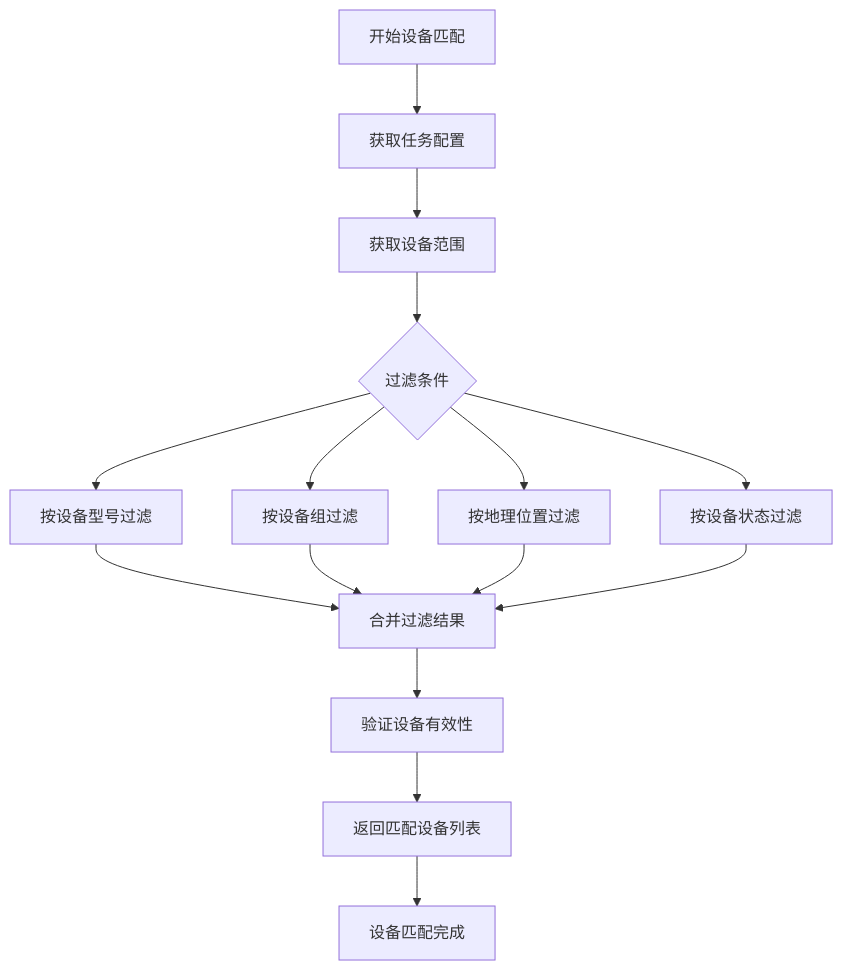
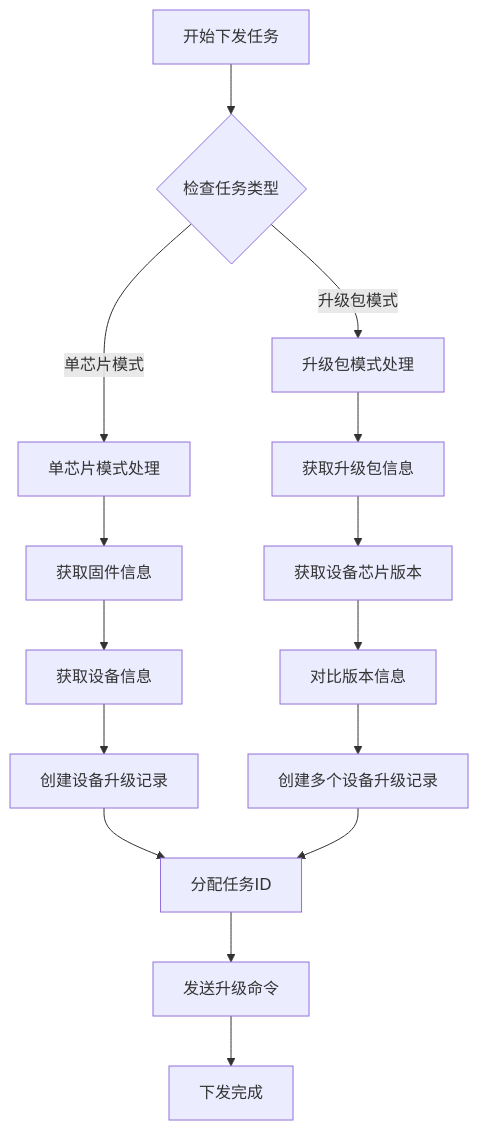
Before and after one commit to mcmrzy/cs_inv_monitor-develop: diagram 11 of 18 in .qoder/repowiki/zh/content/OTA升级系统/OTA任务调度/OTA任务调度.md, drawn with Mermaid. The commit also changed other lines of this file and 128 other files, not shown here.

````diff
--- a/.qoder/repowiki/zh/content/OTA升级系统/OTA任务调度/OTA任务调度.md
+++ b/.qoder/repowiki/zh/content/OTA升级系统/OTA任务调度/OTA任务调度.md
@@ -409,17 +515,17 @@
 ```mermaid
 flowchart TD
-START[开始设备匹配] --> GET_TASK[获取任务配置]
-GET_TASK --> GET_DEVICES[获取设备范围]
-GET_DEVICES --> FILTER_DEVICE{过滤条件}
-FILTER_DEVICE --> MODEL_FILTER[按设备型号过滤]
-FILTER_DEVICE --> GROUP_FILTER[按设备组过滤]
-FILTER_DEVICE --> LOCATION_FILTER[按地理位置过滤]
-FILTER_DEVICE --> STATUS_FILTER[按设备状态过滤]
-MODEL_FILTER --> COMBINE[合并过滤结果]
-GROUP_FILTER --> COMBINE
-LOCATION_FILTER --> COMBINE
-STATUS_FILTER --> COMBINE
-COMBINE --> VALIDATE[验证设备有效性]
-VALIDATE --> MATCHED[返回匹配设备列表]
-MATCHED --> END[设备匹配完成]
+START[开始下发任务] --> CHECK_TASK_TYPE{检查任务类型}
+CHECK_TASK_TYPE --> |单芯片模式| SINGLE_MODE[单芯片模式处理]
+CHECK_TASK_TYPE --> |升级包模式| PACKAGE_MODE[升级包模式处理]
+SINGLE_MODE --> GET_FIRMWARE[获取固件信息]
+GET_FIRMWARE --> GET_DEVICE[获取设备信息]
+GET_DEVICE --> CREATE_DU[创建设备升级记录]
+PACKAGE_MODE --> GET_PACKAGE[获取升级包信息]
+GET_PACKAGE --> GET_DEVICE_INFO[获取设备芯片版本]
+GET_DEVICE_INFO --> COMPARE_VERSIONS[对比版本信息]
+COMPARE_VERSIONS --> CREATE_MULTI_DU[创建多个设备升级记录]
+CREATE_DU --> ASSIGN_TASK_ID[分配任务ID]
+CREATE_MULTI_DU --> ASSIGN_TASK_ID
+ASSIGN_TASK_ID --> SEND_COMMAND[发送升级命令]
+SEND_COMMAND --> END[下发完成]
 ```
````
